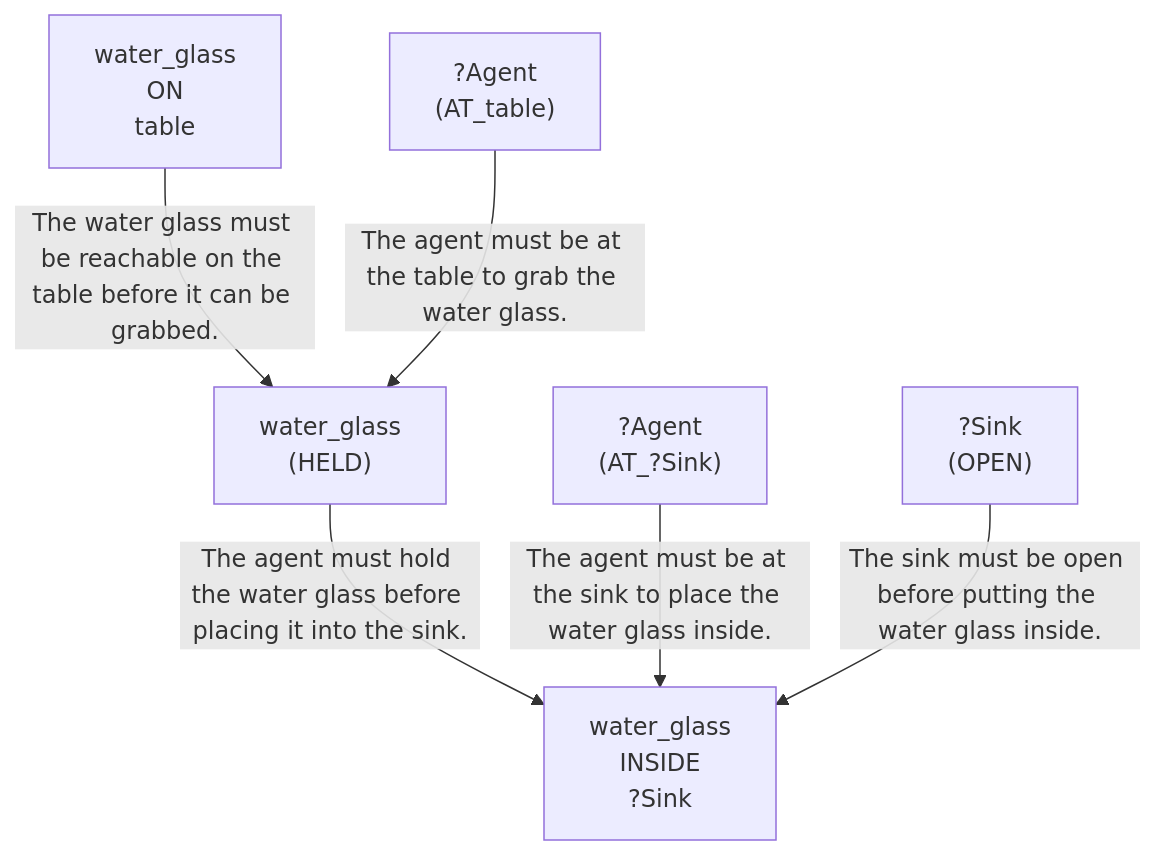
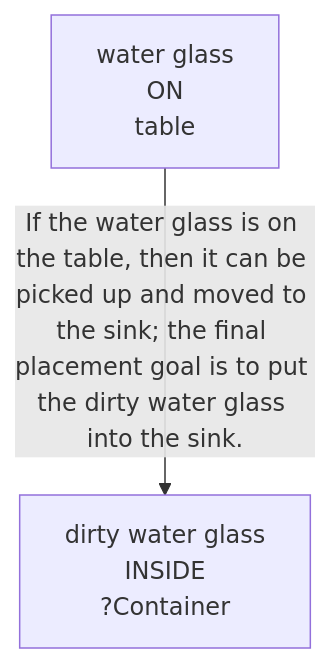
The first of 4 diagrams in evaluation/results/table3/robostate/runs/without_memory/M2_06/run_T3_without_memory_M2_06.md (scuama/virtualhome), drawn with Mermaid before and after one commit. The commit also changed other lines of this file and 507 other files, not shown here.

````diff
--- a/evaluation/results/table3/robostate/runs/without_memory/M2_06/run_T3_without_memory_M2_06.md
+++ b/evaluation/results/table3/robostate/runs/without_memory/M2_06/run_T3_without_memory_M2_06.md
@@ -72,14 +72,6 @@
 ```mermaid
 graph TD
-    N1["water_glass<br>ON<br>table"]
-    N2["water_glass<br>INSIDE<br>?Sink"]
-    N3["water_glass<br>(HELD)"]
-    N4["?Agent<br>(AT_table)"]
-    N5["?Agent<br>(AT_?Sink)"]
-    N6["?Sink<br>(OPEN)"]
-    N1 -->|"The water glass must be reachable on the table before it can be grabbed."| N3
-    N3 -->|"The agent must hold the water glass before placing it into the sink."| N2
-    N4 -->|"The agent must be at the table to grab the water glass."| N3
-    N5 -->|"The agent must be at the sink to place the water glass inside."| N2
-    N6 -->|"The sink must be open before putting the water glass inside."| N2
+    N1["water glass<br>ON<br>table"]
+    N2["dirty water glass<br>INSIDE<br>?Container"]
+    N1 -->|"If the water glass is on the table, then it can be picked up and moved to the sink; the final placement goal is to put the dirty water glass into the sink."| N2
 ```
````
